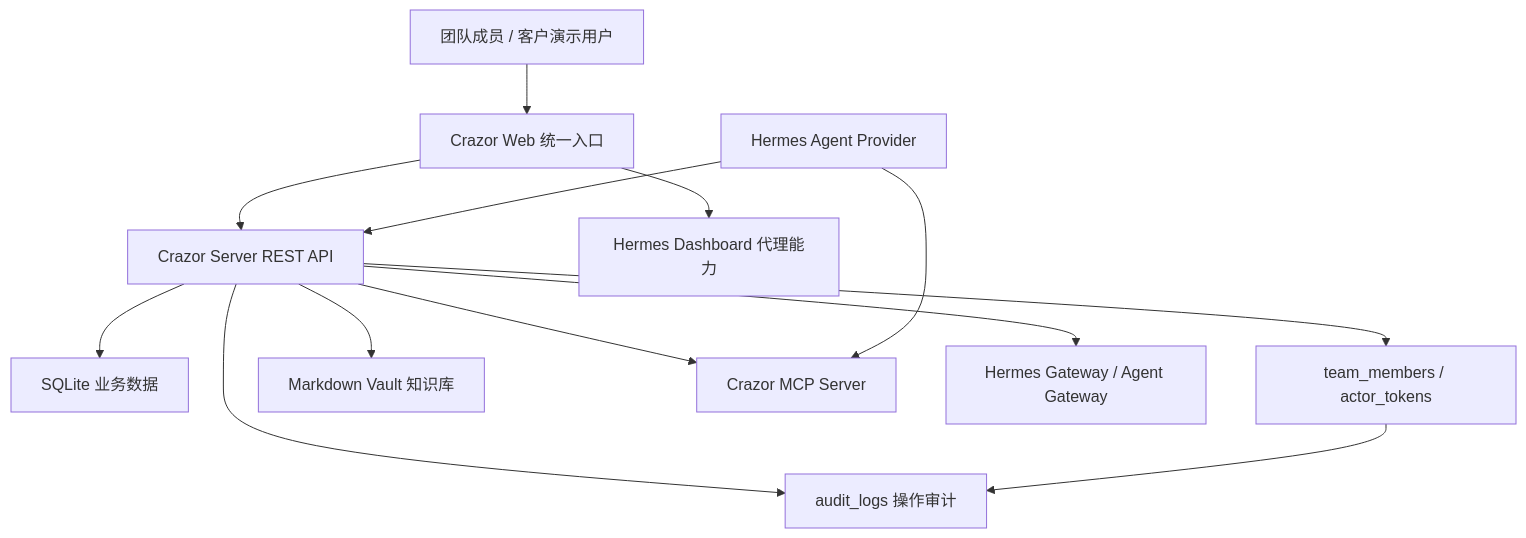
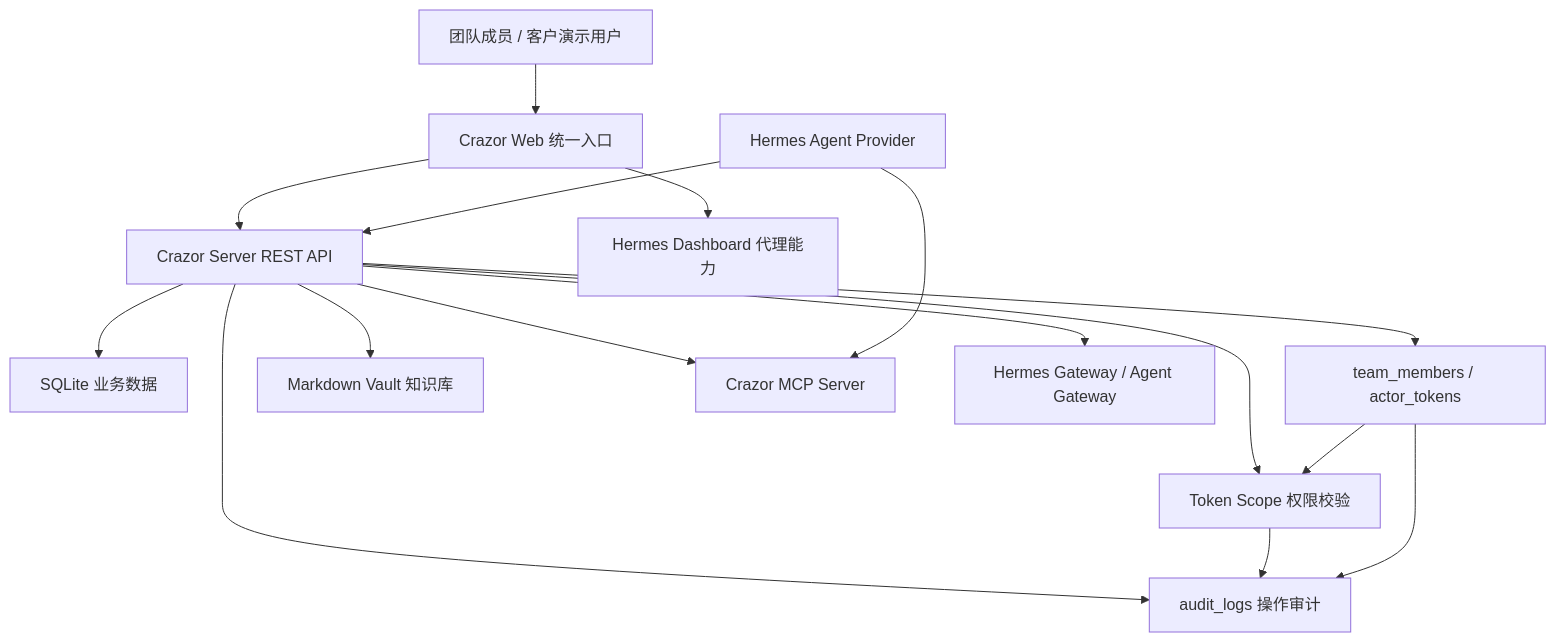
The first of 4 diagrams in docs/audit/product-function-map.md (superxia01/Crazor), drawn with Mermaid before and after one commit. The commit also changed other lines of this file and 7 other files, not shown here.

Commit message:
feat: add token scope enforcement

````diff
--- a/docs/audit/product-function-map.md
+++ b/docs/audit/product-function-map.md
@@ -7,15 +7,18 @@
 ```mermaid
 graph TD
   User["团队成员 / 客户演示用户"] --> Web["Crazor Web 统一入口"]
   Web --> Server["Crazor Server REST API"]
   Web --> HermesDashboard["Hermes Dashboard 代理能力"]
   Server --> DB["SQLite 业务数据"]
   Server --> Identity["team_members / actor_tokens"]
+  Server --> Permission["Token Scope 权限校验"]
   Server --> Audit["audit_logs 操作审计"]
   Server --> Vault["Markdown Vault 知识库"]
   Server --> MCP["Crazor MCP Server"]
   Hermes["Hermes Agent Provider"] --> MCP
   Hermes --> Server
   Server --> HermesGateway["Hermes Gateway / Agent Gateway"]
+  Identity --> Permission
+  Permission --> Audit
   Identity --> Audit
 ```
````
